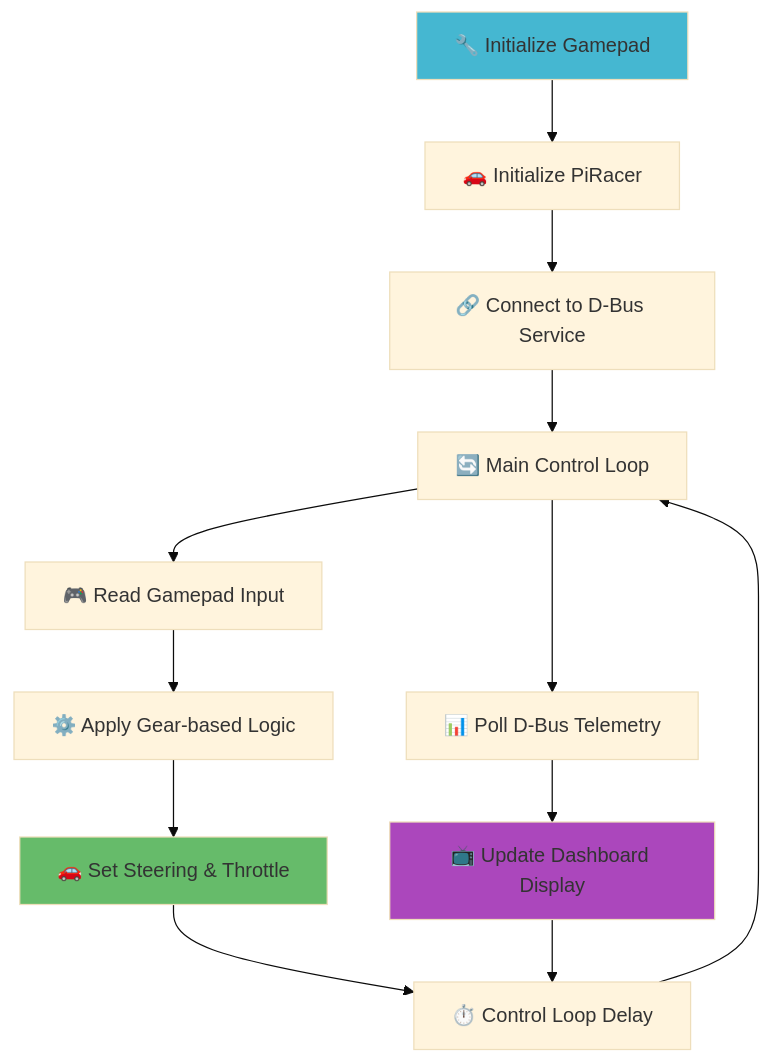
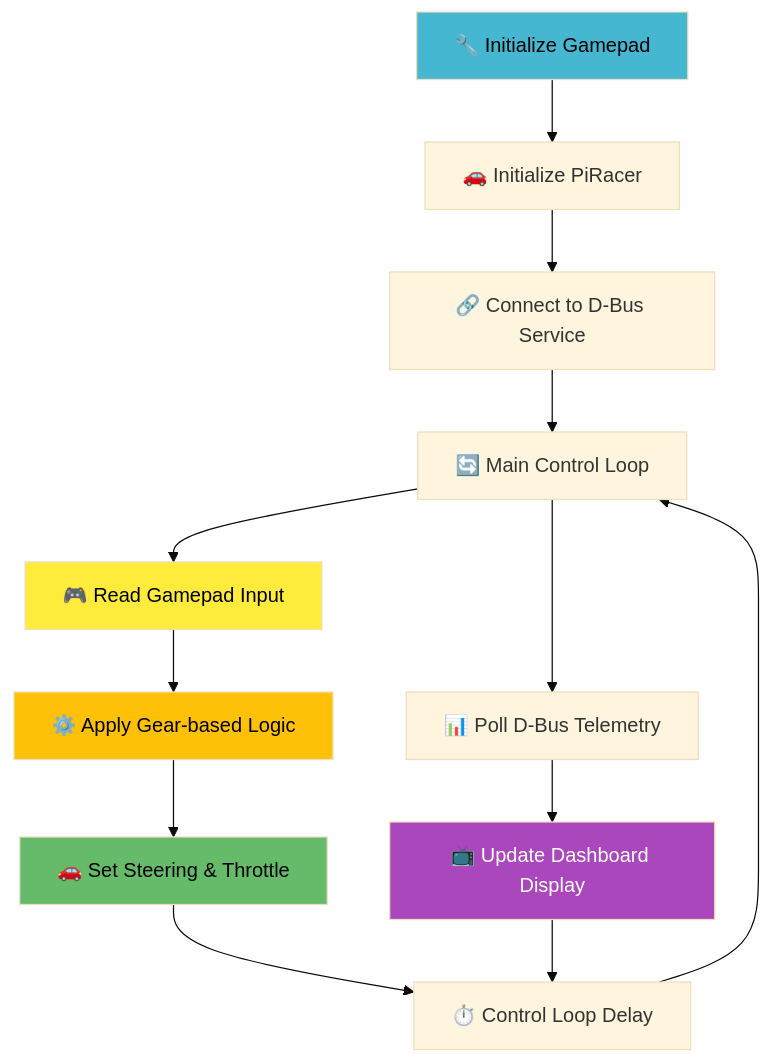
Before and after one commit to saicharansathyam/Instrument-Cluster: the fourth of 7 diagrams in README.md, drawn with Mermaid (base theme). The commit also changed other lines of this file, not shown here.

````diff
--- a/README.md
+++ b/README.md
@@ -77,21 +82,23 @@
 ```mermaid
 flowchart TD
     A[🔧 Initialize Gamepad] --> B[🚗 Initialize PiRacer]
     B --> C[🔗 Connect to D-Bus Service]
     C --> D[🔄 Main Control Loop]
     
     D --> E[🎮 Read Gamepad Input]
     E --> F[⚙️ Apply Gear-based Logic]
     F --> G[🚗 Set Steering & Throttle]
     
     D --> H[📊 Poll D-Bus Telemetry]
     H --> I[📺 Update Dashboard Display]
     
     G --> J[⏱️ Control Loop Delay]
     I --> J
     J --> D
     
-    style A fill:#45b7d1
-    style G fill:#66bb6a
-    style I fill:#ab47bc
+    style A fill:#45b7d1,color:#000
+    style G fill:#66bb6a,color:#000
+    style I fill:#ab47bc,color:#fff
+    style E fill:#ffeb3b,color:#000
+    style F fill:#ffc107,color:#000
 ```
````
